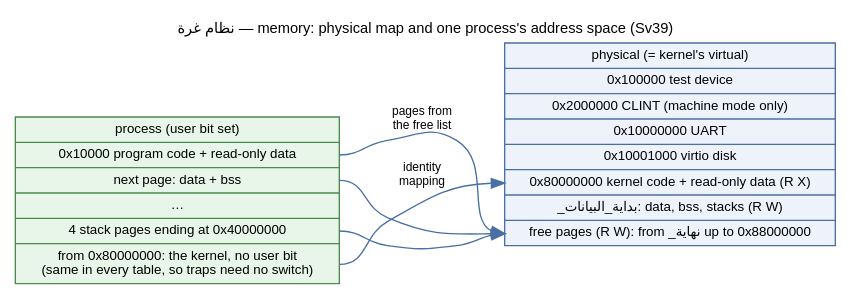
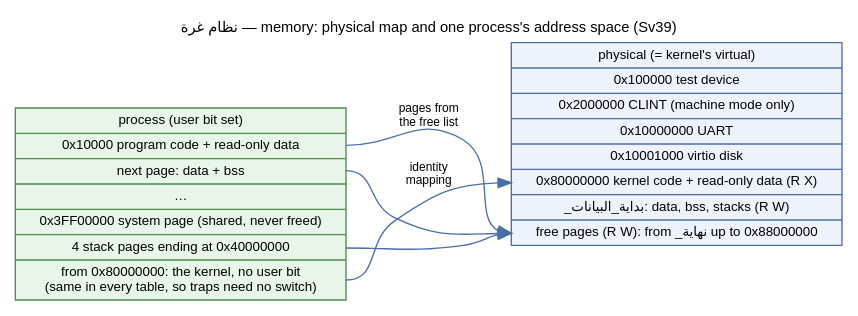
The diagram in docs/diagrams/os_memory.dot (MahmoudEmad1491999/arabic-riscv-toolchain), drawn with Graphviz before and after one commit. The commit also changed 45 other files, not shown here.

```diff
--- a/docs/diagrams/os_memory.dot
+++ b/docs/diagrams/os_memory.dot
@@ -1,13 +1,13 @@
 // Physical memory and a process's address space.
 digraph os_memory {
   graph [rankdir=LR, fontname="Helvetica", fontsize=11, nodesep=0.5, ranksep=1.0,
          label="نظام غرة — memory: physical map and one process's address space (Sv39)", labelloc=t];
   node  [fontname="Helvetica", fontsize=10, shape=record, style="filled", fillcolor="#eef3fb", color="#4a6fa5"];
   edge  [fontname="Helvetica", fontsize=9, color="#4a6fa5"];
 
   phys [label="physical (= kernel's virtual)|0x100000 test device|0x2000000 CLINT (machine mode only)|0x10000000 UART|0x10001000 virtio disk|<k> 0x80000000 kernel code + read-only data (R X)|<d> _بداية_البيانات: data, bss, stacks (R W)|<f> free pages (R W): from _نهاية up to 0x88000000"];
-  proc [label="process (user bit set)|<c> 0x10000 program code + read-only data|<pd> next page: data + bss|…|<st> 4 stack pages ending at 0x40000000|<kk> from 0x80000000: the kernel, no user bit\n(same in every table, so traps need no switch)", fillcolor="#e8f5e9", color="#4b8b4f"];
+  proc [label="process (user bit set)|<c> 0x10000 program code + read-only data|<pd> next page: data + bss|…|<sp> 0x3FF00000 system page (shared, never freed)|<st> 4 stack pages ending at 0x40000000|<kk> from 0x80000000: the kernel, no user bit\n(same in every table, so traps need no switch)", fillcolor="#e8f5e9", color="#4b8b4f"];
   proc:c -> phys:f [label="pages from\nthe free list"];
   proc:pd -> phys:f; proc:st -> phys:f;
   proc:kk -> phys:k [label="identity\nmapping"];
 }
```
